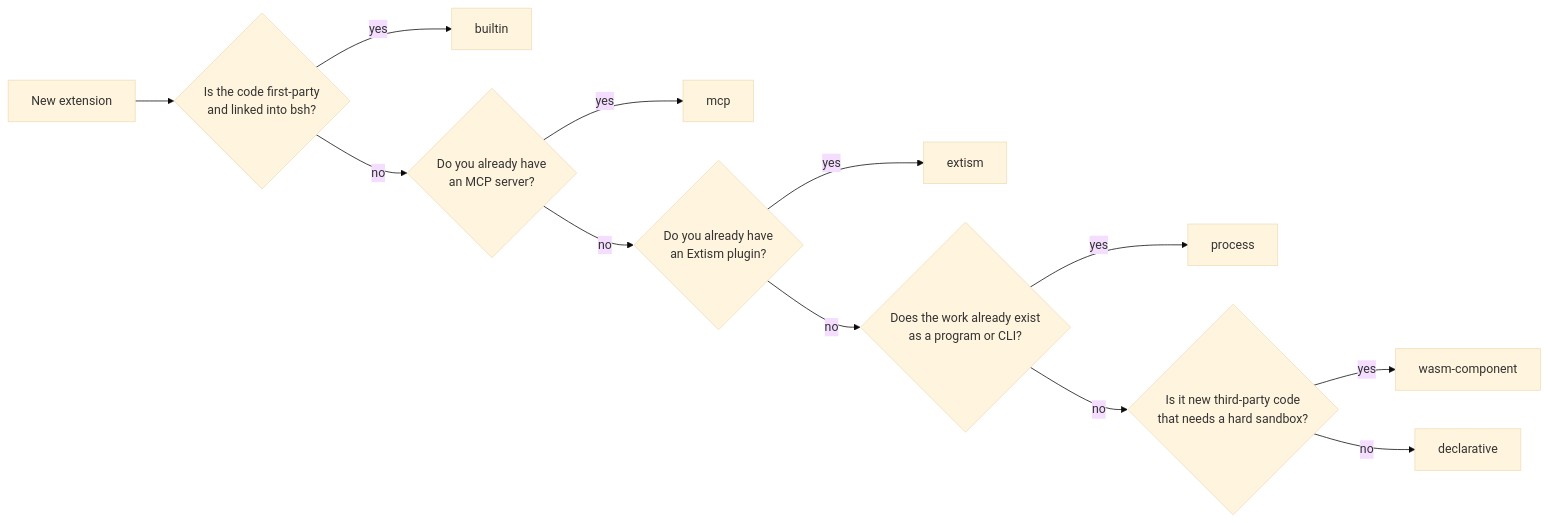
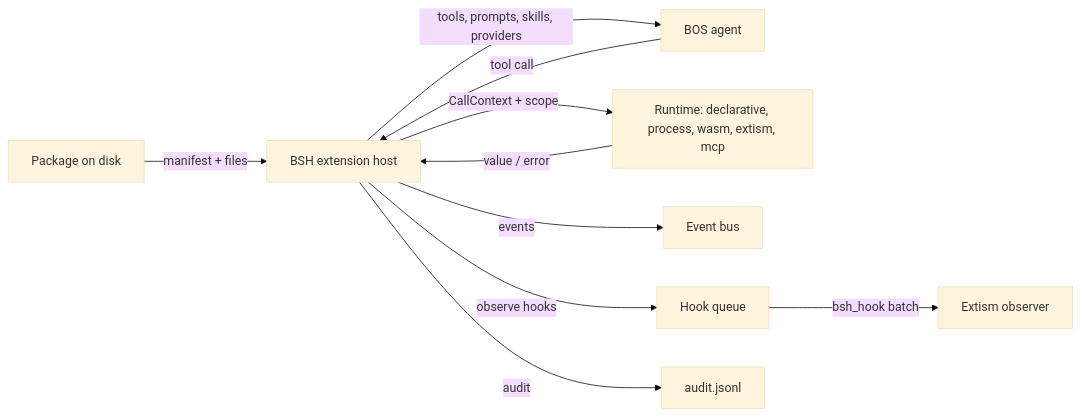
One commit to open1s/bos changed the first of 4 diagrams in docs/BOS-BSH-Textbook.md. Above: the diagram before and after it, drawn with Mermaid (base theme). The commit also changed other lines of this file and 5 other files, not shown here.

````diff
--- a/docs/BOS-BSH-Textbook.md
+++ b/docs/BOS-BSH-Textbook.md
@@ -201,14 +255,12 @@
 ```mermaid
 flowchart LR
-    START["New extension"] --> Q1{"Is the code first-party<br/>and linked into bsh?"}
-    Q1 -->|yes| BUILT["builtin"]
-    Q1 -->|no| Q2{"Do you already have<br/>an MCP server?"}
-    Q2 -->|yes| MCP["mcp"]
-    Q2 -->|no| Q3{"Do you already have<br/>an Extism plugin?"}
-    Q3 -->|yes| EXT["extism"]
-    Q3 -->|no| Q4{"Does the work already exist<br/>as a program or CLI?"}
-    Q4 -->|yes| PROC["process"]
-    Q4 -->|no| Q5{"Is it new third-party code<br/>that needs a hard sandbox?"}
-    Q5 -->|yes| WASM["wasm-component"]
-    Q5 -->|no| DECL["declarative"]
+  P["Package on disk"] -->|manifest + files| H["BSH extension host"]
+  H -->|tools, prompts, skills, providers| A["BOS agent"]
+  A -->|tool call| H
+  H -->|CallContext + scope| R["Runtime: declarative, process, wasm, extism, mcp"]
+  R -->|value / error| H
+  H -->|events| E["Event bus"]
+  H -->|observe hooks| K["Hook queue"]
+  K -->|bsh_hook batch| X["Extism observer"]
+  H -->|audit| L["audit.jsonl"]
 ```
````
